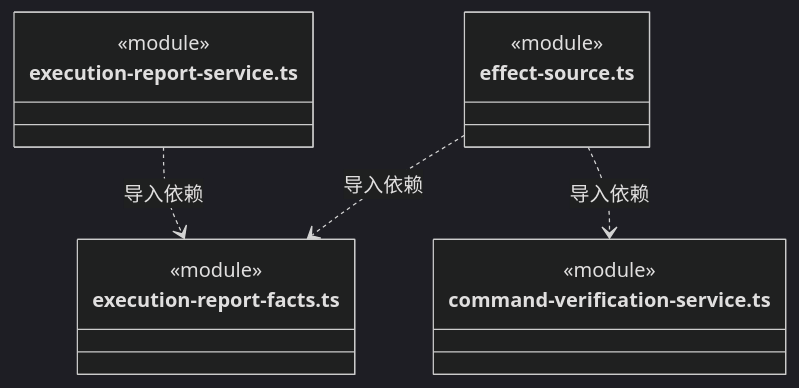
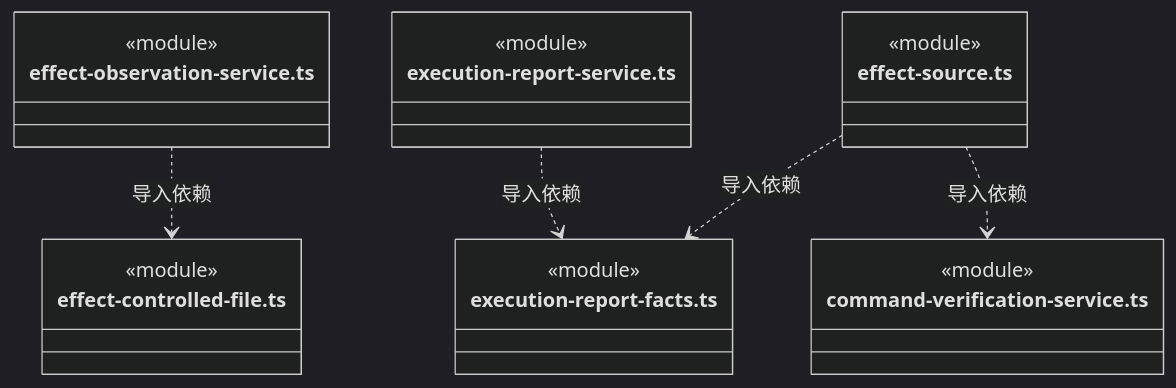
Diagram 19 of 20 in src/logic/evidence/runtime/ARCHITECTURE.md (nan023062/cbim), drawn with Mermaid (dark theme) before and after one commit. The commit also changed other lines of this file and 19 other files, not shown here.

````diff
--- a/src/logic/evidence/runtime/ARCHITECTURE.md
+++ b/src/logic/evidence/runtime/ARCHITECTURE.md
@@ -390,18 +411,25 @@
 ```mermaid
 classDiagram
+class N_src_logic_evidence_runtime_effect_observation_service_ts["effect-observation-service.ts"] {
+  <<module>>
+}
+class N_src_logic_evidence_runtime_effect_controlled_file_ts["effect-controlled-file.ts"] {
+  <<module>>
+}
 class N_src_logic_evidence_runtime_effect_source_ts["effect-source.ts"] {
   <<module>>
 }
 class N_src_logic_evidence_runtime_execution_report_facts_ts["execution-report-facts.ts"] {
   <<module>>
 }
 class N_src_logic_evidence_runtime_command_verification_service_ts["command-verification-service.ts"] {
   <<module>>
 }
 class N_src_logic_evidence_runtime_execution_report_service_ts["execution-report-service.ts"] {
   <<module>>
 }
+N_src_logic_evidence_runtime_effect_observation_service_ts ..> N_src_logic_evidence_runtime_effect_controlled_file_ts : 导入依赖
 N_src_logic_evidence_runtime_effect_source_ts ..> N_src_logic_evidence_runtime_execution_report_facts_ts : 导入依赖
 N_src_logic_evidence_runtime_effect_source_ts ..> N_src_logic_evidence_runtime_command_verification_service_ts : 导入依赖
 N_src_logic_evidence_runtime_execution_report_service_ts ..> N_src_logic_evidence_runtime_execution_report_facts_ts : 导入依赖
 ```
````
